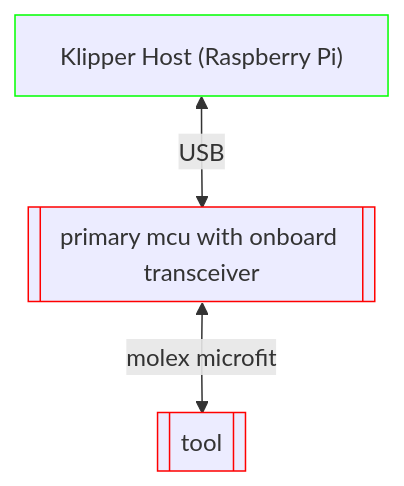
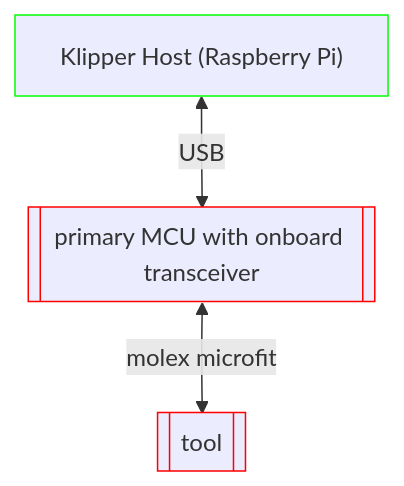
One commit to willpuckett/kb_can changed the sixth of 8 diagrams in can.md. Above: the diagram before and after it, drawn with Mermaid. The commit also changed other lines of this file, not shown here.

Commit message:
include termination in diagrams

````diff
--- a/can.md
+++ b/can.md
@@ -280,12 +281,12 @@
 ```mermaid
 graph TD;
     classDef term stroke:#f00
     classDef can stroke:#0f0
     classDef nc stroke:#00f
 
-    sbc["Klipper Host (Raspberry Pi)"]:::can
+    SBC["Klipper Host (Raspberry Pi)"]:::can
     t0[[tool]]:::term
-    primary[["primary mcu with onboard transceiver"]]:::term
+    primary[["primary MCU with onboard transceiver"]]:::term
 
-    sbc <--USB--> primary <--molex microfit--> t0 
+    SBC <--USB--> primary <--molex microfit--> t0 
 ```
````
